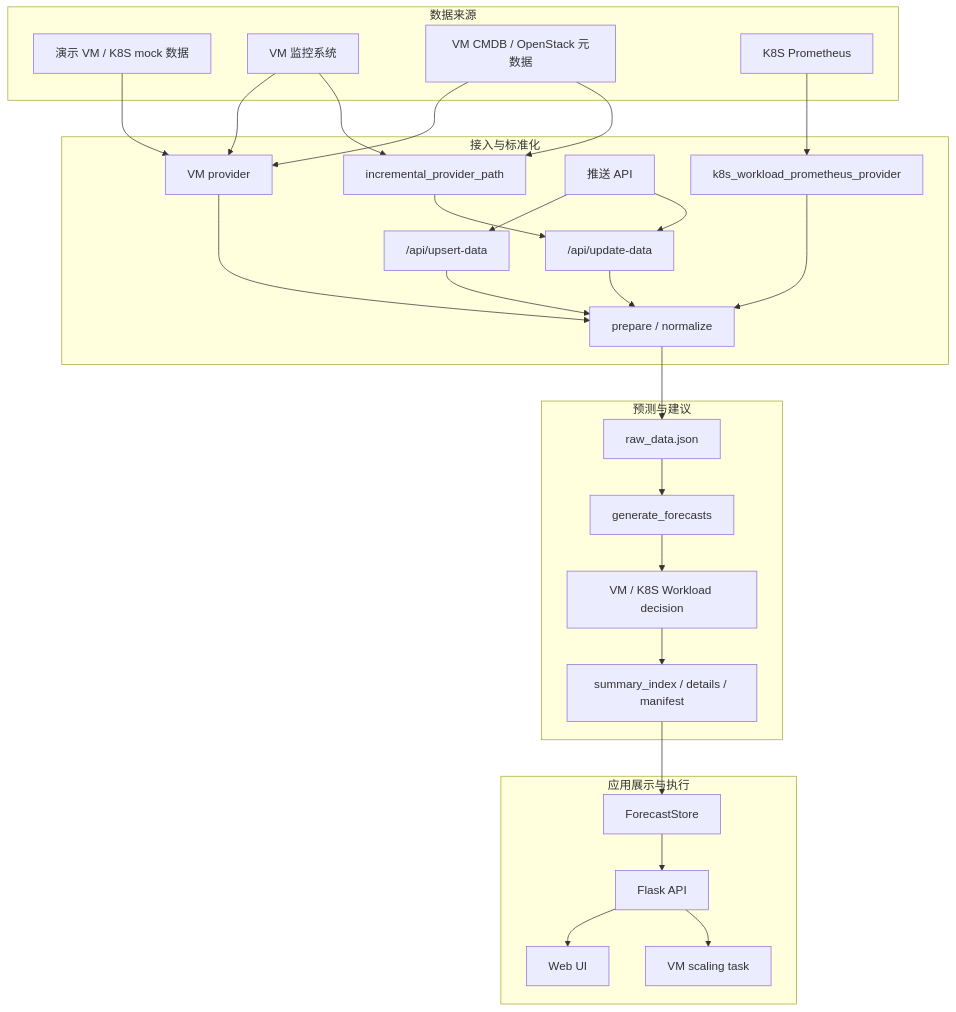
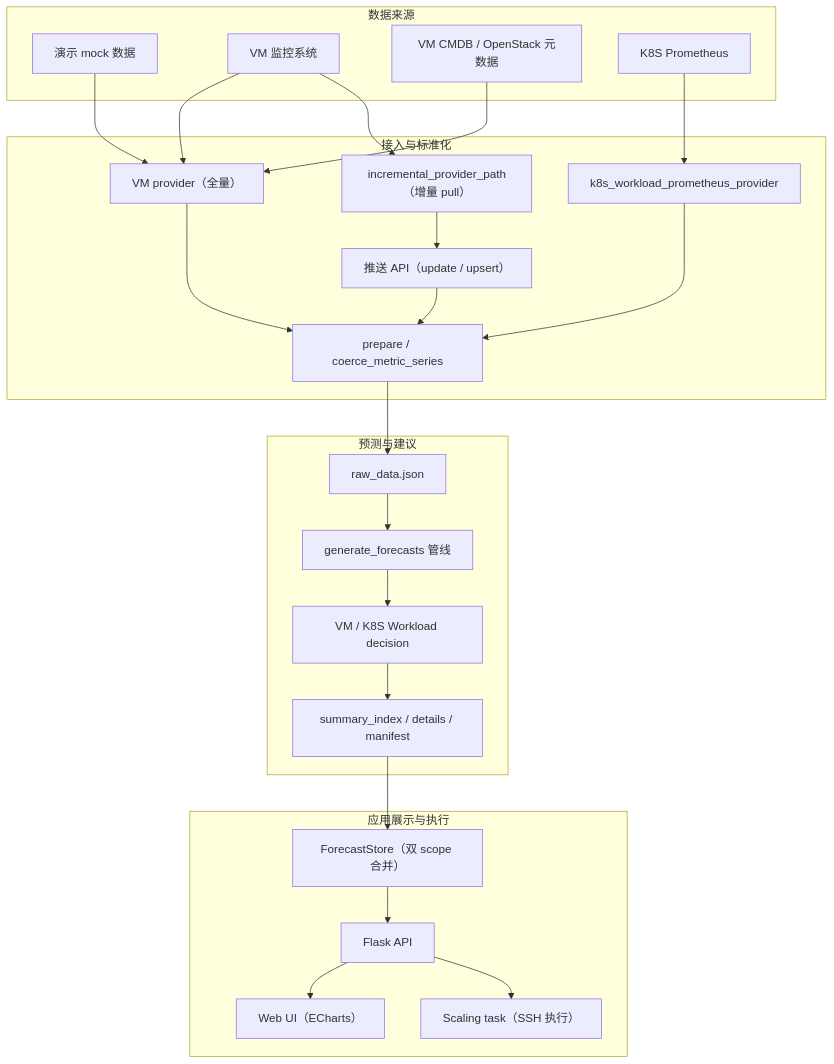
The first of 3 diagrams in README.md (zorocui/resource_predict), drawn with Mermaid before and after one commit. The commit also changed other lines of this file and 10 other files, not shown here.

````diff
--- a/README.md
+++ b/README.md
@@ -104,55 +273,49 @@
 ```mermaid
 flowchart TB
     subgraph Sources["数据来源"]
-        Demo["演示 VM / K8S mock 数据"]
+        Demo["演示 mock 数据"]
         VMMonitor["VM 监控系统"]
         VMCMDB["VM CMDB / OpenStack 元数据"]
         K8SProm["K8S Prometheus"]
     end
 
     subgraph Ingest["接入与标准化"]
-        VMProvider["VM provider"]
-        IncrementalProvider["incremental_provider_path"]
-        PushAPI["推送 API"]
-        Upsert["/api/upsert-data"]
-        Update["/api/update-data"]
+        VMProvider["VM provider（全量）"]
+        IncrementalProvider["incremental_provider_path（增量 pull）"]
+        PushAPI["推送 API（update / upsert）"]
         K8SProvider["k8s_workload_prometheus_provider"]
-        Normalize["prepare / normalize"]
+        Normalize["prepare / coerce_metric_series"]
     end
 
     subgraph Forecast["预测与建议"]
         Raw["raw_data.json"]
-        Pipeline["generate_forecasts"]
+        Pipeline["generate_forecasts 管线"]
         Decision["VM / K8S Workload decision"]
         Artifacts["summary_index / details / manifest"]
     end
 
     subgraph App["应用展示与执行"]
-        Store["ForecastStore"]
+        Store["ForecastStore（双 scope 合并）"]
         API["Flask API"]
-        UI["Web UI"]
-        Scale["VM scaling task"]
+        UI["Web UI（ECharts）"]
+        Scale["Scaling task（SSH 执行）"]
     end
 
     Demo --> VMProvider
     VMMonitor --> VMProvider
     VMCMDB --> VMProvider
     VMMonitor --> IncrementalProvider
-    VMCMDB --> IncrementalProvider
     K8SProm --> K8SProvider
     VMProvider --> Normalize
-    IncrementalProvider --> Update
+    IncrementalProvider --> PushAPI
     K8SProvider --> Normalize
-    PushAPI --> Upsert
-    PushAPI --> Update
-    Upsert --> Normalize
-    Update --> Normalize
+    PushAPI --> Normalize
     Normalize --> Raw
     Raw --> Pipeline
     Pipeline --> Decision
     Decision --> Artifacts
     Artifacts --> Store
     Store --> API
     API --> UI
     API --> Scale
 ```
````
